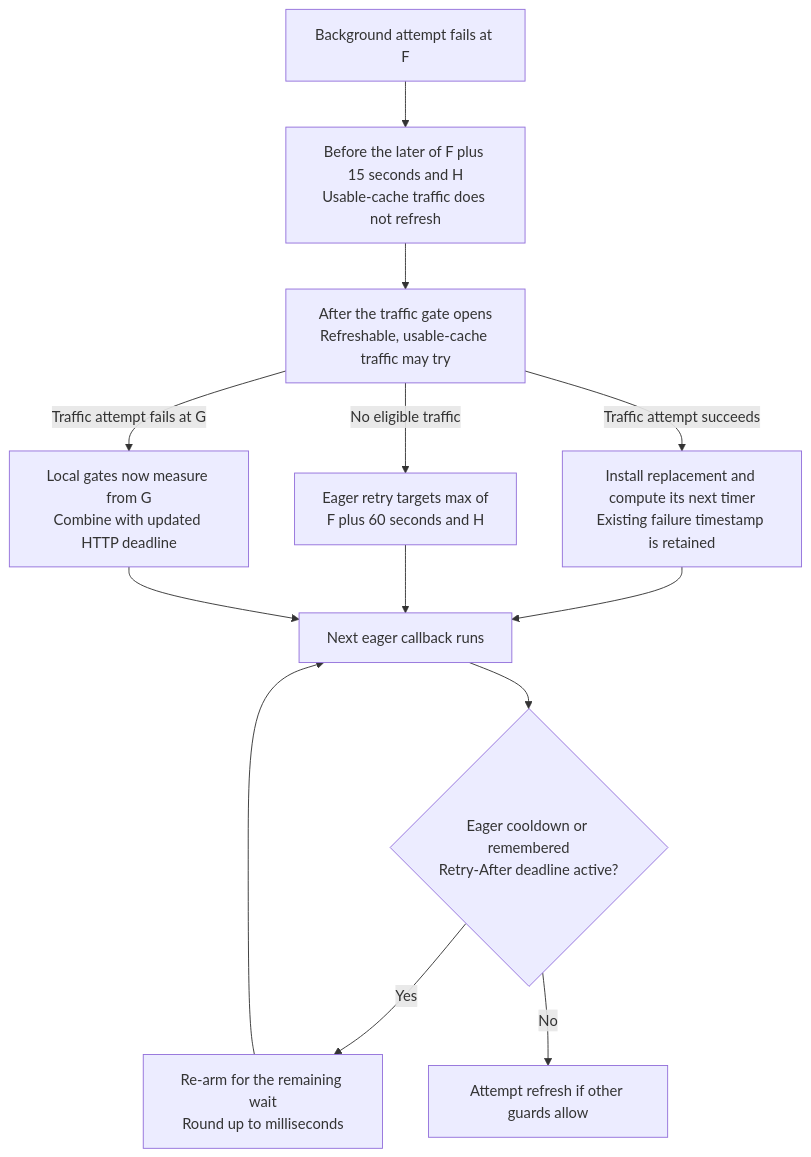
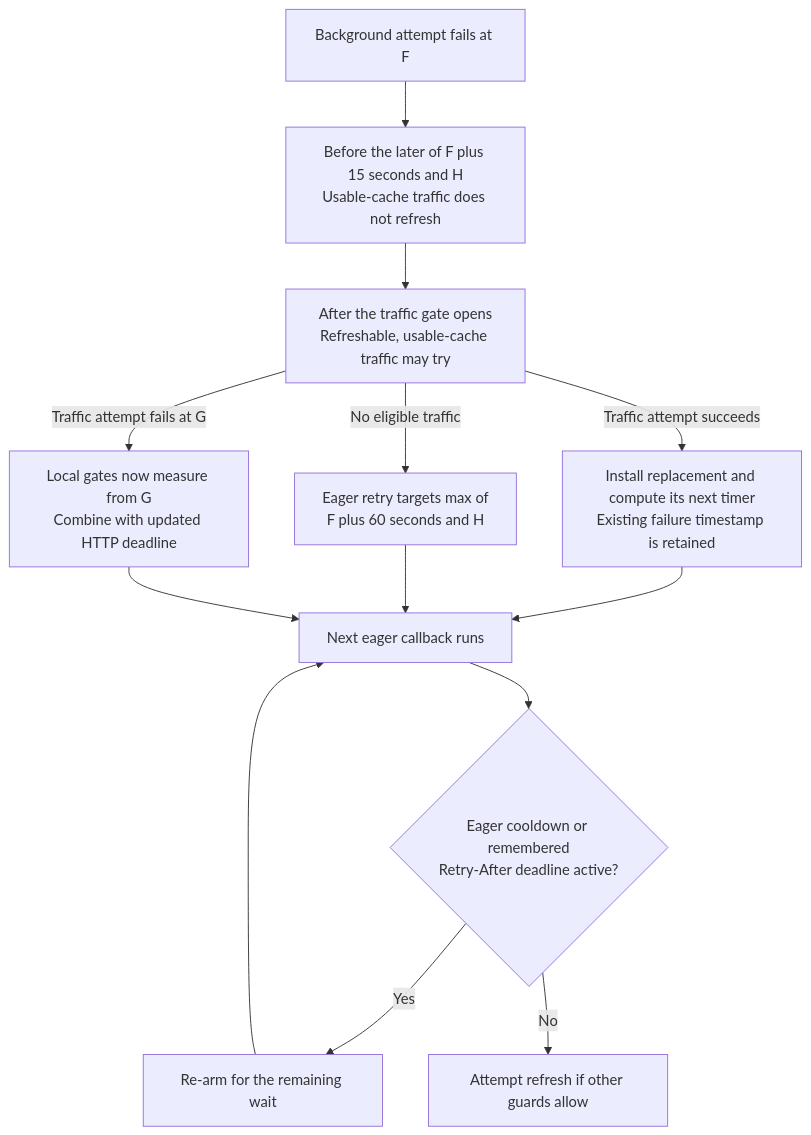
Before and after one commit to entur/jwt-resource-server: the sixth of 11 diagrams in jwt-client/docs/eager-preemptive-refresh/README.md, drawn with Mermaid. The commit also changed other lines of this file and 1 other file, not shown here.

````diff
--- a/jwt-client/docs/eager-preemptive-refresh/README.md
+++ b/jwt-client/docs/eager-preemptive-refresh/README.md
@@ -171,15 +181,15 @@
 ```mermaid
 flowchart TD
     F["Background attempt fails at F"] --> Early["Before the later of F plus 15 seconds and H<br/>Usable-cache traffic does not refresh"]
     Early --> Traffic["After the traffic gate opens<br/>Refreshable, usable-cache traffic may try"]
     Traffic -->|No eligible traffic| Eager["Eager retry targets max of<br/>F plus 60 seconds and H"]
     Traffic -->|Traffic attempt fails at G| Restart["Local gates now measure from G<br/>Combine with updated HTTP deadline"]
     Traffic -->|Traffic attempt succeeds| New["Install replacement and compute its next timer<br/>Existing failure timestamp is retained"]
     New --> Callback["Next eager callback runs"]
     Callback --> Gate{"Eager cooldown or remembered<br/>Retry-After deadline active?"}
-    Gate -->|Yes| Defer["Re-arm for the remaining wait<br/>Round up to milliseconds"]
+    Gate -->|Yes| Defer["Re-arm for the remaining wait"]
     Gate -->|No| Attempt["Attempt refresh if other guards allow"]
     Defer --> Callback
     Eager --> Callback
     Restart --> Callback
 ```
````
